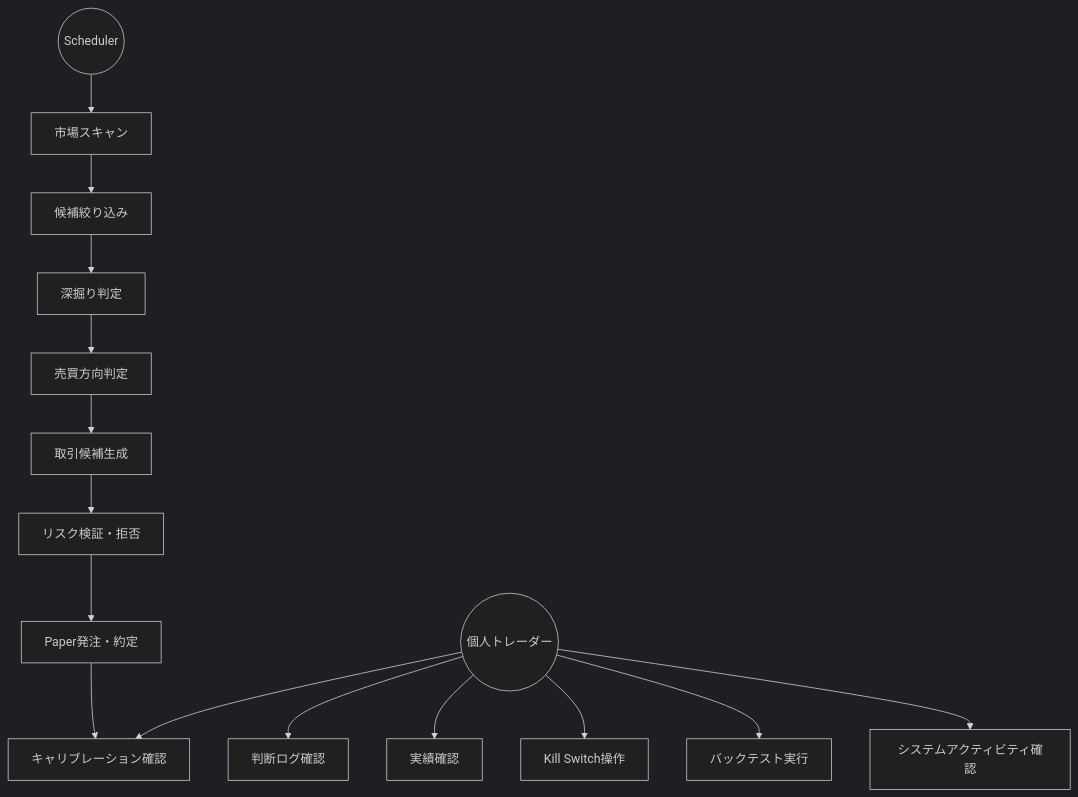
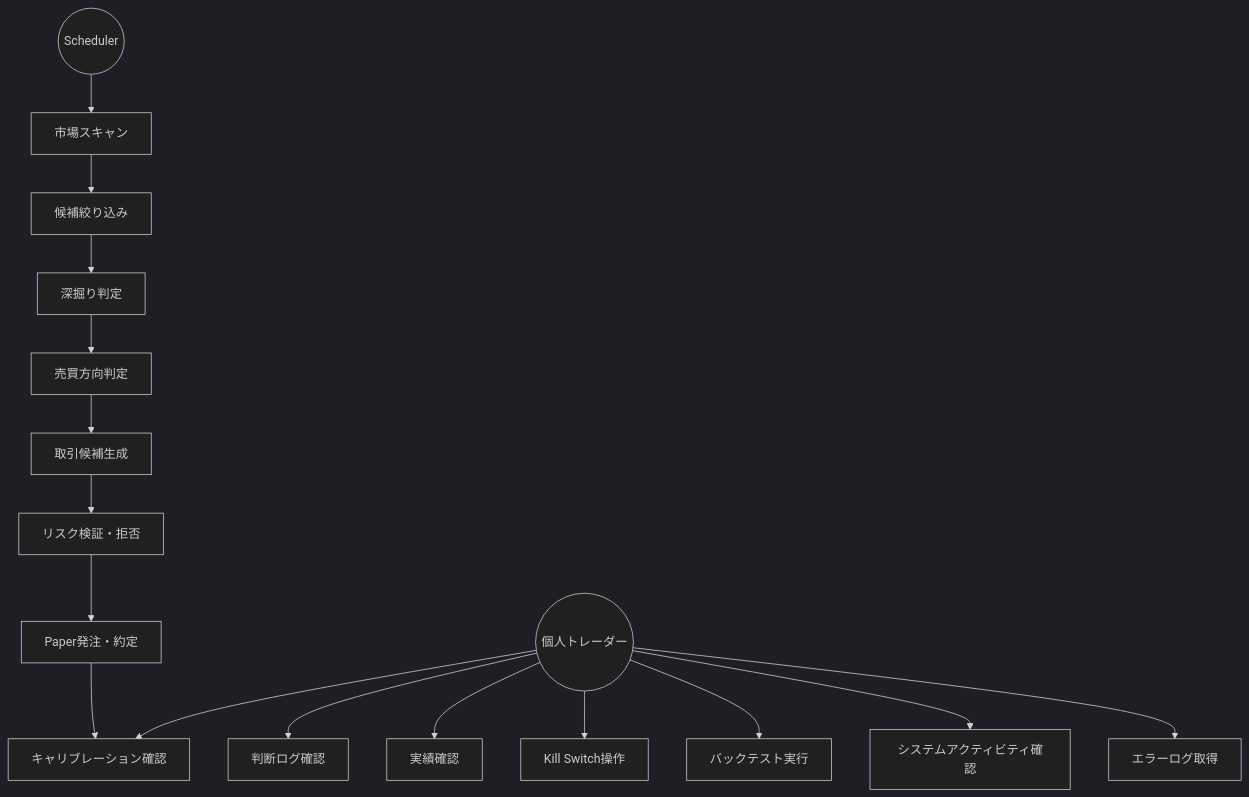
The first of 3 diagrams in docs/requirements/functional.md (ousiassllc/pitha-trador), drawn with Mermaid (dark theme) before and after one commit. The commit also changed other lines of this file and 7 other files, not shown here.

````diff
--- a/docs/requirements/functional.md
+++ b/docs/requirements/functional.md
@@ -23,21 +24,22 @@
 ```mermaid
 graph TD
     User((個人トレーダー))
     Scheduler((Scheduler))
 
     Scheduler --> UC1[市場スキャン]
     UC1 --> UC2[候補絞り込み]
     UC2 --> UC3[深掘り判定]
     UC3 --> UC4[売買方向判定]
     UC4 --> UC5[取引候補生成]
     UC5 --> UC6[リスク検証・拒否]
     UC6 --> UC7[Paper発注・約定]
     UC7 --> UC10[キャリブレーション確認]
 
     User --> UC8[判断ログ確認]
     User --> UC9[実績確認]
     User --> UC10
     User --> UC11[Kill Switch操作]
     User --> UC12[バックテスト実行]
     User --> UC13[システムアクティビティ確認]
+    User --> UC16[エラーログ取得]
 ```
````
